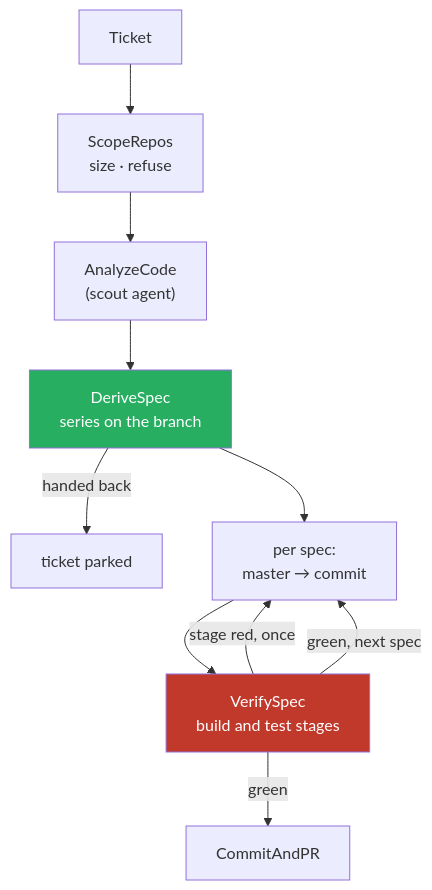
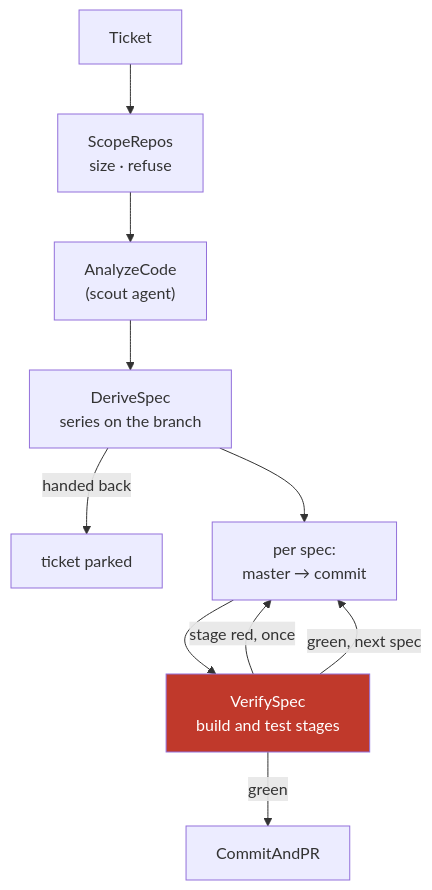
Before and after one commit to holgerleichsenring/agent-smith: the diagram in docs/reference/pipelines/fix-and-feature.md, drawn with Mermaid. The commit also changed other lines of this file and 185 other files, not shown here.

````diff
--- a/docs/reference/pipelines/fix-and-feature.md
+++ b/docs/reference/pipelines/fix-and-feature.md
@@ -47,15 +47,14 @@
 ```mermaid
 graph TD
     Ticket --> Scope["ScopeRepos<br/>size · refuse"]
     Scope --> Analyze["AnalyzeCode<br/>(scout agent)"]
     Analyze --> Derive["DeriveSpec<br/>series on the branch"]
     Derive -->|handed back| Park[ticket parked]
     Derive --> Spec["per spec:<br/>master → commit"]
     Spec --> Verify["VerifySpec<br/>build and test stages"]
     Verify -->|stage red, once| Spec
     Verify -->|green, next spec| Spec
     Verify -->|green| PR[CommitAndPR]
 
-    style Derive fill:#27ae60,color:#fff
     style Verify fill:#c0392b,color:#fff
 ```
````
